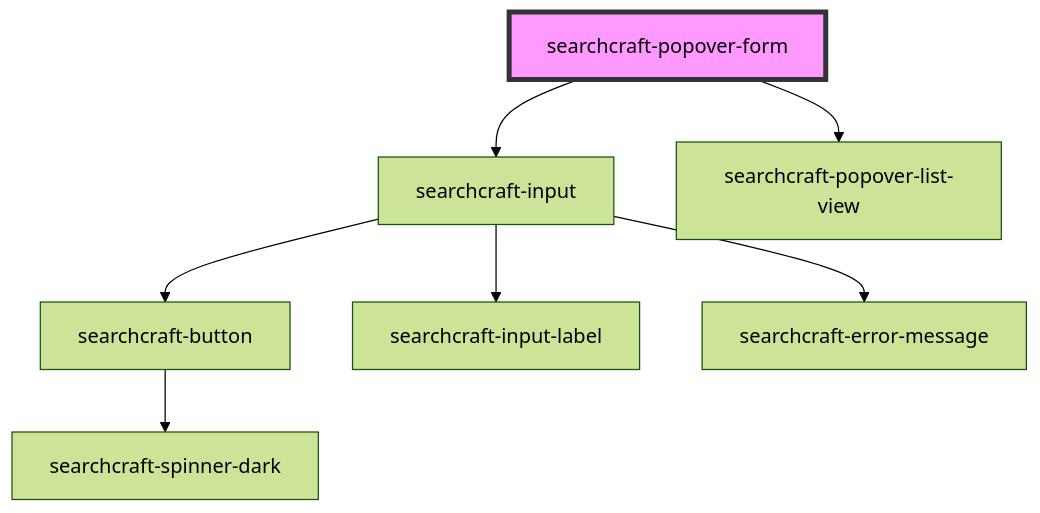
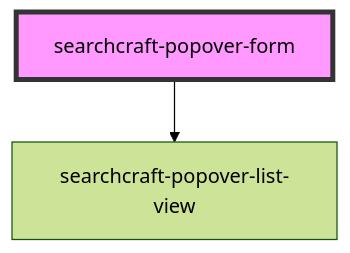
Before and after one commit to searchcraft-inc/searchcraft-javascript-sdks: the diagram in packages/javascript-sdk/src/components/searchcraft-popover-form/readme.md, drawn with Mermaid (forest theme). The commit also changed other lines of this file and 27 other files, not shown here.

First line of the commit message:
Creates searchcraft-input-form to replace auto-search-form and base-search-form. re:SC-554

````diff
--- a/packages/javascript-sdk/src/components/searchcraft-popover-form/readme.md
+++ b/packages/javascript-sdk/src/components/searchcraft-popover-form/readme.md
@@ -25,10 +24,5 @@
 ```mermaid
 graph TD;
-  searchcraft-popover-form --> searchcraft-input
   searchcraft-popover-form --> searchcraft-popover-list-view
-  searchcraft-input --> searchcraft-button
-  searchcraft-input --> searchcraft-input-label
-  searchcraft-input --> searchcraft-error-message
-  searchcraft-button --> searchcraft-spinner-dark
   style searchcraft-popover-form fill:#f9f,stroke:#333,stroke-width:4px
 ```
````
